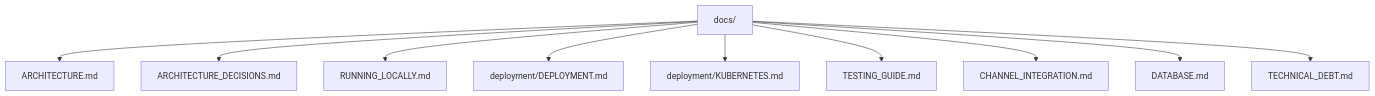
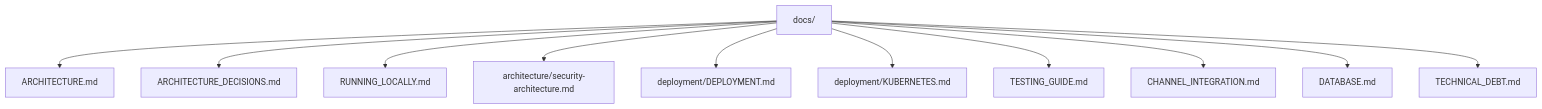
The diagram in docs/README.md (CiceroDeveloper01/rag-platform), drawn with Mermaid before and after one commit. The commit also changed other lines of this file and 79 other files, not shown here.

Commit message:
feat: implement internal security boundaries and document auth architecture

````diff
--- a/docs/README.md
+++ b/docs/README.md
@@ -19,12 +20,13 @@
 ```mermaid
 flowchart TD
     Docs[docs/] --> Architecture[ARCHITECTURE.md]
     Docs --> Decisions[ARCHITECTURE_DECISIONS.md]
     Docs --> Local[RUNNING_LOCALLY.md]
+    Docs --> Security[architecture/security-architecture.md]
     Docs --> Deployment[deployment/DEPLOYMENT.md]
     Docs --> Kubernetes[deployment/KUBERNETES.md]
     Docs --> Testing[TESTING_GUIDE.md]
     Docs --> Channels[CHANNEL_INTEGRATION.md]
     Docs --> Database[DATABASE.md]
     Docs --> Debt[TECHNICAL_DEBT.md]
 ```
````
